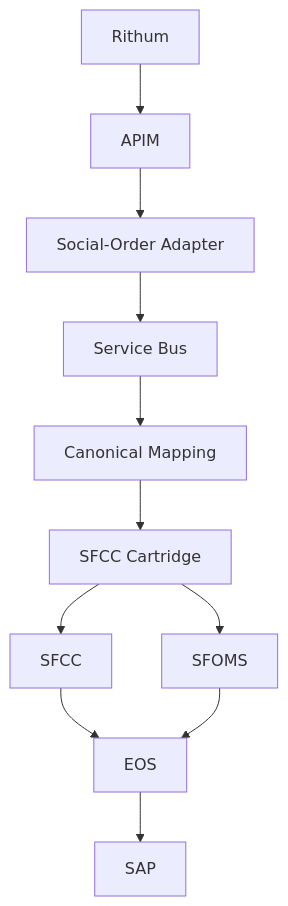
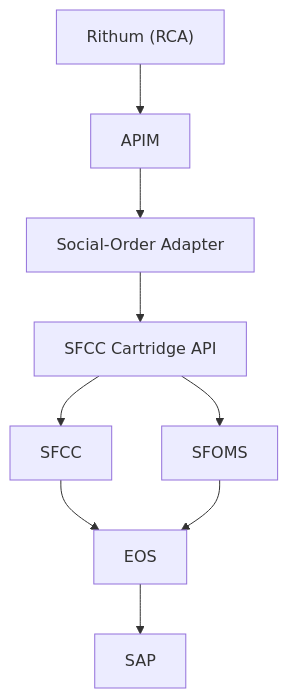
One commit to alienfacepalm/columbia-social-order-use-case changed the sixth of 10 diagrams in presentation.md. Above: the diagram before and after it, drawn with Mermaid. The commit also changed other lines of this file and 1 other file, not shown here.

````diff
--- a/presentation.md
+++ b/presentation.md
@@ -244,13 +242,11 @@
 ```mermaid
 flowchart TB
-    R["Rithum"] --> APIM["APIM"]
+    R["Rithum (RCA)"] --> APIM["APIM"]
     APIM --> FA["Social-Order Adapter"]
-    FA --> SB["Service Bus"]
-    SB --> CM["Canonical Mapping"]
-    CM --> CART["SFCC Cartridge"]
+    FA --> CART["SFCC Cartridge API"]
     CART --> SFCC["SFCC"]
     CART --> SFOMS["SFOMS"]
     SFCC --> EOS["EOS"]
     SFOMS --> EOS
     EOS --> SAP["SAP"]
 ```
````
